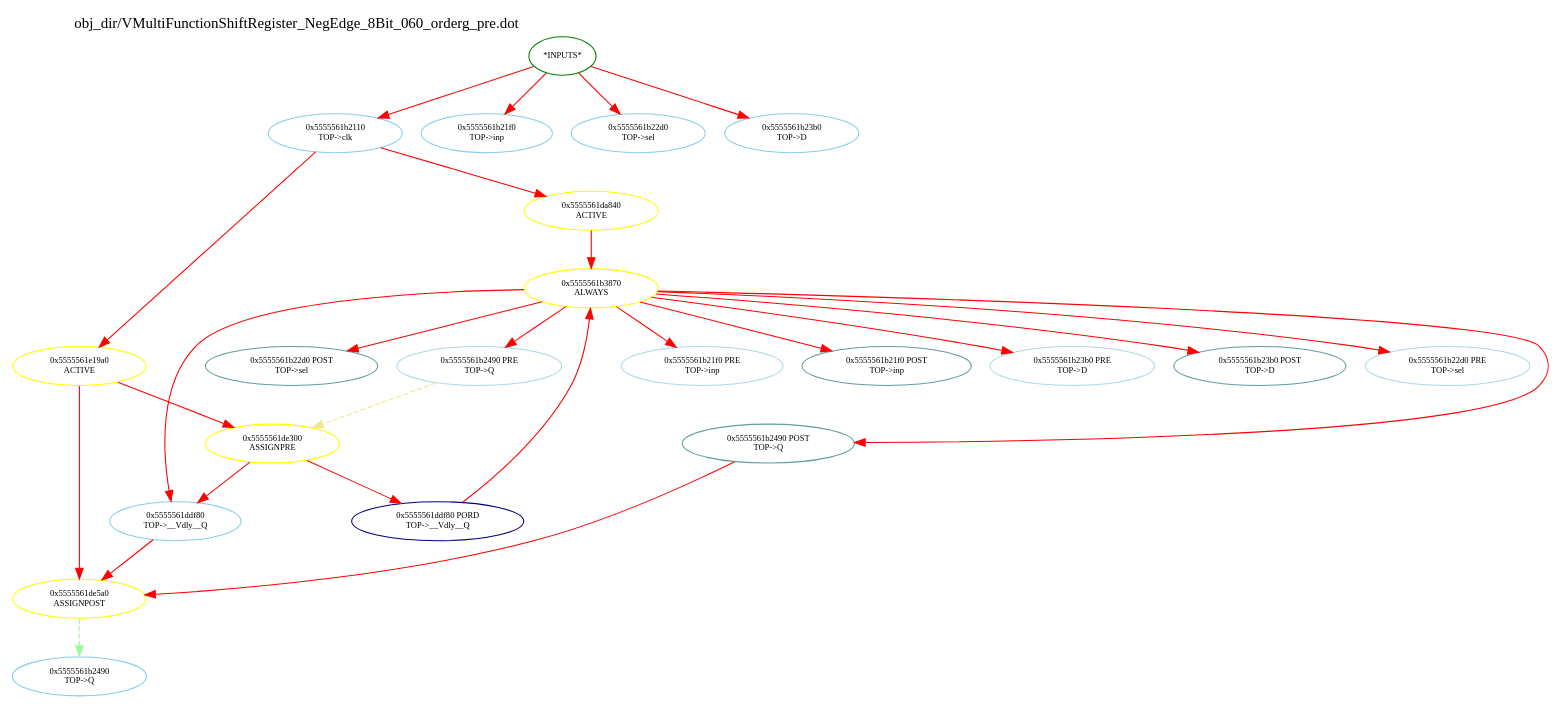
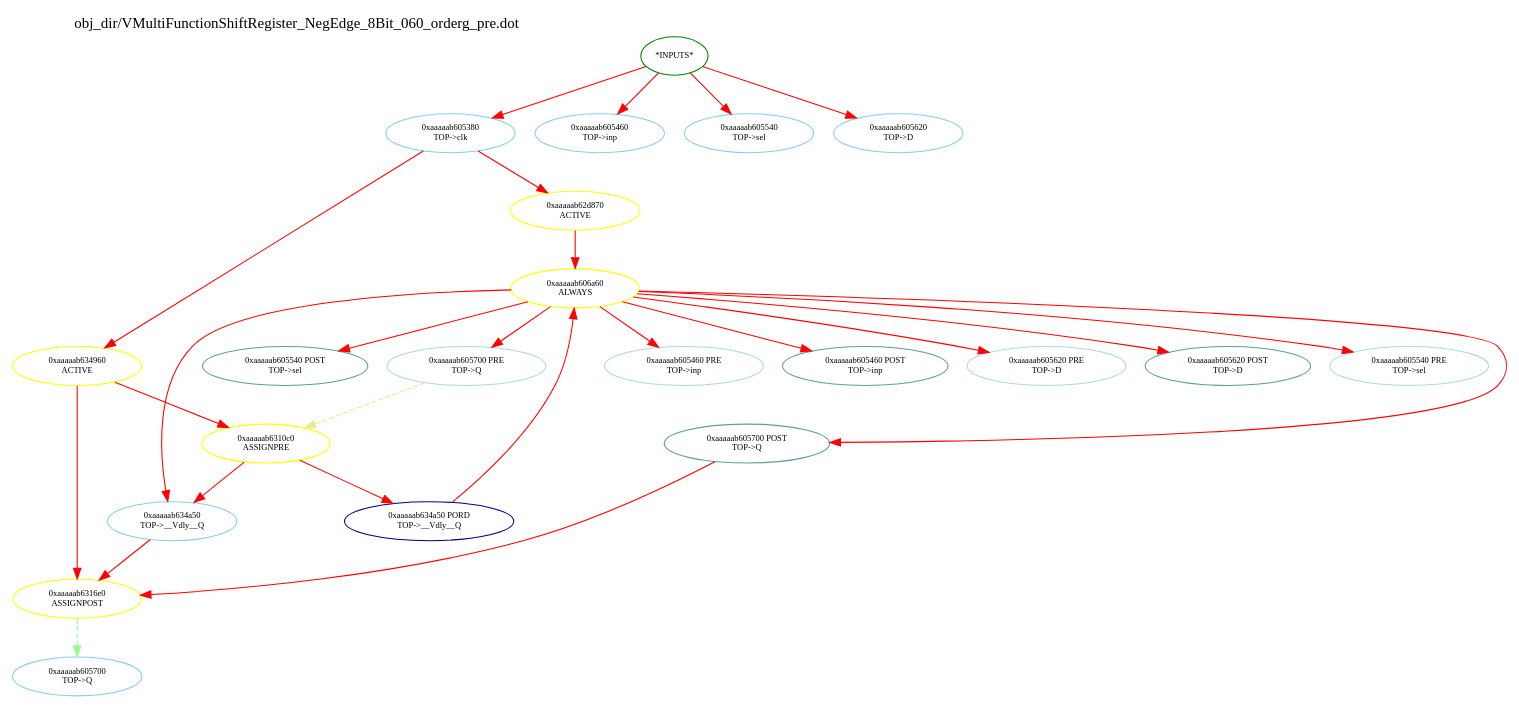
Before and after one commit to Jasonyanyusong/OneStudentOneChip: the diagram in DigitalCircuitsExperiments/DCE06/MultiFunctionShiftRegister_NegEdge_8Bit/obj_dir/VMultiFunctionShiftRegister_NegEdge_8Bit_060_orderg_pre.dot, drawn with Graphviz. The commit also changed 270 other files, not shown here.

```diff
--- a/DigitalCircuitsExperiments/DCE06/MultiFunctionShiftRegister_NegEdge_8Bit/obj_dir/VMultiFunctionShiftRegister_NegEdge_8Bit_060_orderg_pre.dot
+++ b/DigitalCircuitsExperiments/DCE06/MultiFunctionShiftRegister_NegEdge_8Bit/obj_dir/VMultiFunctionShiftRegister_NegEdge_8Bit_060_orderg_pre.dot
@@ -1,52 +1,52 @@
 digraph v3graph {
 	graph	[label="obj_dir/VMultiFunctionShiftRegister_NegEdge_8Bit_060_orderg_pre.dot",
 		 labelloc=t, labeljust=l,
 		 //size="7.5,10",
 		 rankdir=TB];
 	n0	[fontsize=8 label="*INPUTS*", color=green];
-	n0x5555561b2010_1	[fontsize=8 label="0x5555561b2110\n TOP->clk", color=skyblue];
-	n0x5555561b2010_2	[fontsize=8 label="0x5555561b21f0\n TOP->inp", color=skyblue];
-	n0x5555561b2010_3	[fontsize=8 label="0x5555561b22d0\n TOP->sel", color=skyblue];
-	n0x5555561b2010_4	[fontsize=8 label="0x5555561b23b0\n TOP->D", color=skyblue];
-	n0x5555561b2010_5	[fontsize=8 label="0x5555561da840\n ACTIVE", color=yellow];
-	n0x5555561b2010_6	[fontsize=8 label="0x5555561b3870\n ALWAYS", color=yellow];
-	n0x5555561b2010_7	[fontsize=8 label="0x5555561b22d0 PRE\n TOP->sel", color=lightblue];
-	n0x5555561b2010_8	[fontsize=8 label="0x5555561b22d0 POST\n TOP->sel", color=CadetBlue];
-	n0x5555561b2010_9	[fontsize=8 label="0x5555561b2490 PRE\n TOP->Q", color=lightblue];
-	n0x5555561b2010_10	[fontsize=8 label="0x5555561b2490 POST\n TOP->Q", color=CadetBlue];
-	n0x5555561b2010_11	[fontsize=8 label="0x5555561b21f0 PRE\n TOP->inp", color=lightblue];
-	n0x5555561b2010_12	[fontsize=8 label="0x5555561b21f0 POST\n TOP->inp", color=CadetBlue];
-	n0x5555561b2010_13	[fontsize=8 label="0x5555561b23b0 PRE\n TOP->D", color=lightblue];
-	n0x5555561b2010_14	[fontsize=8 label="0x5555561b23b0 POST\n TOP->D", color=CadetBlue];
-	n0x5555561b2010_15	[fontsize=8 label="0x5555561ddf80 PORD\n TOP->__Vdly__Q", color=NavyBlue];
-	n0x5555561b2010_16	[fontsize=8 label="0x5555561ddf80\n TOP->__Vdly__Q", color=skyblue];
-	n0x5555561b2010_17	[fontsize=8 label="0x5555561e19a0\n ACTIVE", color=yellow];
-	n0x5555561b2010_18	[fontsize=8 label="0x5555561de300\n ASSIGNPRE", color=yellow];
-	n0x5555561b2010_19	[fontsize=8 label="0x5555561de5a0\n ASSIGNPOST", color=yellow];
-	n0x5555561b2010_20	[fontsize=8 label="0x5555561b2490\n TOP->Q", color=skyblue];
-	n0 -> n0x5555561b2010_1 [fontsize=8 label="" weight=1 color=red];
-	n0 -> n0x5555561b2010_2 [fontsize=8 label="" weight=1 color=red];
-	n0 -> n0x5555561b2010_3 [fontsize=8 label="" weight=1 color=red];
-	n0 -> n0x5555561b2010_4 [fontsize=8 label="" weight=1 color=red];
-	n0x5555561b2010_1 -> n0x5555561b2010_5 [fontsize=8 label="" weight=8 color=red];
-	n0x5555561b2010_1 -> n0x5555561b2010_17 [fontsize=8 label="" weight=8 color=red];
-	n0x5555561b2010_5 -> n0x5555561b2010_6 [fontsize=8 label="" weight=32 color=red];
-	n0x5555561b2010_6 -> n0x5555561b2010_7 [fontsize=8 label="" weight=32 color=red];
-	n0x5555561b2010_6 -> n0x5555561b2010_8 [fontsize=8 label="" weight=2 color=red];
-	n0x5555561b2010_6 -> n0x5555561b2010_9 [fontsize=8 label="" weight=32 color=red];
-	n0x5555561b2010_6 -> n0x5555561b2010_10 [fontsize=8 label="" weight=2 color=red];
-	n0x5555561b2010_6 -> n0x5555561b2010_11 [fontsize=8 label="" weight=32 color=red];
-	n0x5555561b2010_6 -> n0x5555561b2010_12 [fontsize=8 label="" weight=2 color=red];
-	n0x5555561b2010_6 -> n0x5555561b2010_13 [fontsize=8 label="" weight=32 color=red];
-	n0x5555561b2010_6 -> n0x5555561b2010_14 [fontsize=8 label="" weight=2 color=red];
-	n0x5555561b2010_6 -> n0x5555561b2010_16 [fontsize=8 label="" weight=32 color=red];
-	n0x5555561b2010_9 -> n0x5555561b2010_18 [fontsize=8 label="" weight=3 color=khaki style=dashed];
-	n0x5555561b2010_10 -> n0x5555561b2010_19 [fontsize=8 label="" weight=2 color=red];
-	n0x5555561b2010_15 -> n0x5555561b2010_6 [fontsize=8 label="" weight=32 color=red];
-	n0x5555561b2010_16 -> n0x5555561b2010_19 [fontsize=8 label="" weight=8 color=red];
-	n0x5555561b2010_17 -> n0x5555561b2010_18 [fontsize=8 label="" weight=32 color=red];
-	n0x5555561b2010_17 -> n0x5555561b2010_19 [fontsize=8 label="" weight=32 color=red];
-	n0x5555561b2010_18 -> n0x5555561b2010_15 [fontsize=8 label="" weight=32 color=red];
-	n0x5555561b2010_18 -> n0x5555561b2010_16 [fontsize=8 label="" weight=32 color=red];
-	n0x5555561b2010_19 -> n0x5555561b2010_20 [fontsize=8 label="" weight=1 color=PaleGreen style=dashed];
+	n0xaaaaab6051c0_1	[fontsize=8 label="0xaaaaab605380\n TOP->clk", color=skyblue];
+	n0xaaaaab6051c0_2	[fontsize=8 label="0xaaaaab605460\n TOP->inp", color=skyblue];
+	n0xaaaaab6051c0_3	[fontsize=8 label="0xaaaaab605540\n TOP->sel", color=skyblue];
+	n0xaaaaab6051c0_4	[fontsize=8 label="0xaaaaab605620\n TOP->D", color=skyblue];
+	n0xaaaaab6051c0_5	[fontsize=8 label="0xaaaaab62d870\n ACTIVE", color=yellow];
+	n0xaaaaab6051c0_6	[fontsize=8 label="0xaaaaab606a60\n ALWAYS", color=yellow];
+	n0xaaaaab6051c0_7	[fontsize=8 label="0xaaaaab605540 PRE\n TOP->sel", color=lightblue];
+	n0xaaaaab6051c0_8	[fontsize=8 label="0xaaaaab605540 POST\n TOP->sel", color=CadetBlue];
+	n0xaaaaab6051c0_9	[fontsize=8 label="0xaaaaab605700 PRE\n TOP->Q", color=lightblue];
+	n0xaaaaab6051c0_10	[fontsize=8 label="0xaaaaab605700 POST\n TOP->Q", color=CadetBlue];
+	n0xaaaaab6051c0_11	[fontsize=8 label="0xaaaaab605460 PRE\n TOP->inp", color=lightblue];
+	n0xaaaaab6051c0_12	[fontsize=8 label="0xaaaaab605460 POST\n TOP->inp", color=CadetBlue];
+	n0xaaaaab6051c0_13	[fontsize=8 label="0xaaaaab605620 PRE\n TOP->D", color=lightblue];
+	n0xaaaaab6051c0_14	[fontsize=8 label="0xaaaaab605620 POST\n TOP->D", color=CadetBlue];
+	n0xaaaaab6051c0_15	[fontsize=8 label="0xaaaaab634a50 PORD\n TOP->__Vdly__Q", color=NavyBlue];
+	n0xaaaaab6051c0_16	[fontsize=8 label="0xaaaaab634a50\n TOP->__Vdly__Q", color=skyblue];
+	n0xaaaaab6051c0_17	[fontsize=8 label="0xaaaaab634960\n ACTIVE", color=yellow];
+	n0xaaaaab6051c0_18	[fontsize=8 label="0xaaaaab6310c0\n ASSIGNPRE", color=yellow];
+	n0xaaaaab6051c0_19	[fontsize=8 label="0xaaaaab6316e0\n ASSIGNPOST", color=yellow];
+	n0xaaaaab6051c0_20	[fontsize=8 label="0xaaaaab605700\n TOP->Q", color=skyblue];
+	n0 -> n0xaaaaab6051c0_1 [fontsize=8 label="" weight=1 color=red];
+	n0 -> n0xaaaaab6051c0_2 [fontsize=8 label="" weight=1 color=red];
+	n0 -> n0xaaaaab6051c0_3 [fontsize=8 label="" weight=1 color=red];
+	n0 -> n0xaaaaab6051c0_4 [fontsize=8 label="" weight=1 color=red];
+	n0xaaaaab6051c0_1 -> n0xaaaaab6051c0_5 [fontsize=8 label="" weight=8 color=red];
+	n0xaaaaab6051c0_1 -> n0xaaaaab6051c0_17 [fontsize=8 label="" weight=8 color=red];
+	n0xaaaaab6051c0_5 -> n0xaaaaab6051c0_6 [fontsize=8 label="" weight=32 color=red];
+	n0xaaaaab6051c0_6 -> n0xaaaaab6051c0_7 [fontsize=8 label="" weight=32 color=red];
+	n0xaaaaab6051c0_6 -> n0xaaaaab6051c0_8 [fontsize=8 label="" weight=2 color=red];
+	n0xaaaaab6051c0_6 -> n0xaaaaab6051c0_9 [fontsize=8 label="" weight=32 color=red];
+	n0xaaaaab6051c0_6 -> n0xaaaaab6051c0_10 [fontsize=8 label="" weight=2 color=red];
+	n0xaaaaab6051c0_6 -> n0xaaaaab6051c0_11 [fontsize=8 label="" weight=32 color=red];
+	n0xaaaaab6051c0_6 -> n0xaaaaab6051c0_12 [fontsize=8 label="" weight=2 color=red];
+	n0xaaaaab6051c0_6 -> n0xaaaaab6051c0_13 [fontsize=8 label="" weight=32 color=red];
+	n0xaaaaab6051c0_6 -> n0xaaaaab6051c0_14 [fontsize=8 label="" weight=2 color=red];
+	n0xaaaaab6051c0_6 -> n0xaaaaab6051c0_16 [fontsize=8 label="" weight=32 color=red];
+	n0xaaaaab6051c0_9 -> n0xaaaaab6051c0_18 [fontsize=8 label="" weight=3 color=khaki style=dashed];
+	n0xaaaaab6051c0_10 -> n0xaaaaab6051c0_19 [fontsize=8 label="" weight=2 color=red];
+	n0xaaaaab6051c0_15 -> n0xaaaaab6051c0_6 [fontsize=8 label="" weight=32 color=red];
+	n0xaaaaab6051c0_16 -> n0xaaaaab6051c0_19 [fontsize=8 label="" weight=8 color=red];
+	n0xaaaaab6051c0_17 -> n0xaaaaab6051c0_18 [fontsize=8 label="" weight=32 color=red];
+	n0xaaaaab6051c0_17 -> n0xaaaaab6051c0_19 [fontsize=8 label="" weight=32 color=red];
+	n0xaaaaab6051c0_18 -> n0xaaaaab6051c0_15 [fontsize=8 label="" weight=32 color=red];
+	n0xaaaaab6051c0_18 -> n0xaaaaab6051c0_16 [fontsize=8 label="" weight=32 color=red];
+	n0xaaaaab6051c0_19 -> n0xaaaaab6051c0_20 [fontsize=8 label="" weight=1 color=PaleGreen style=dashed];
 }
```
